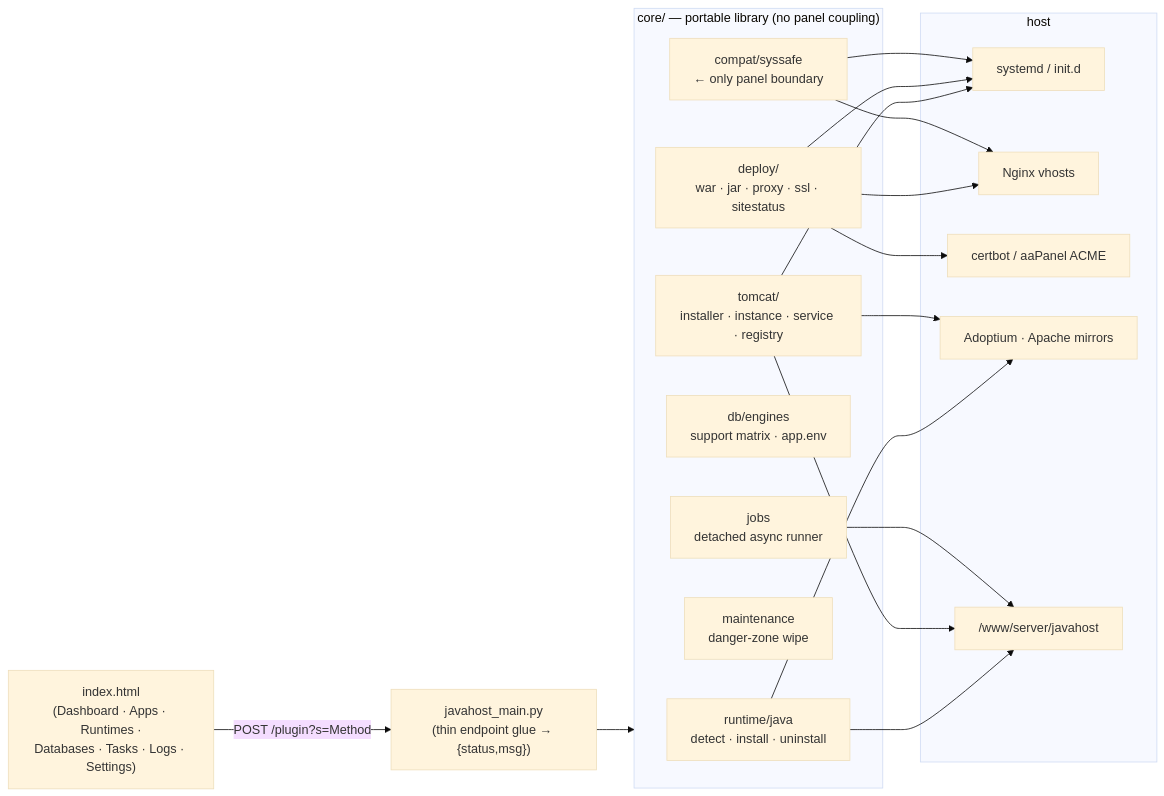
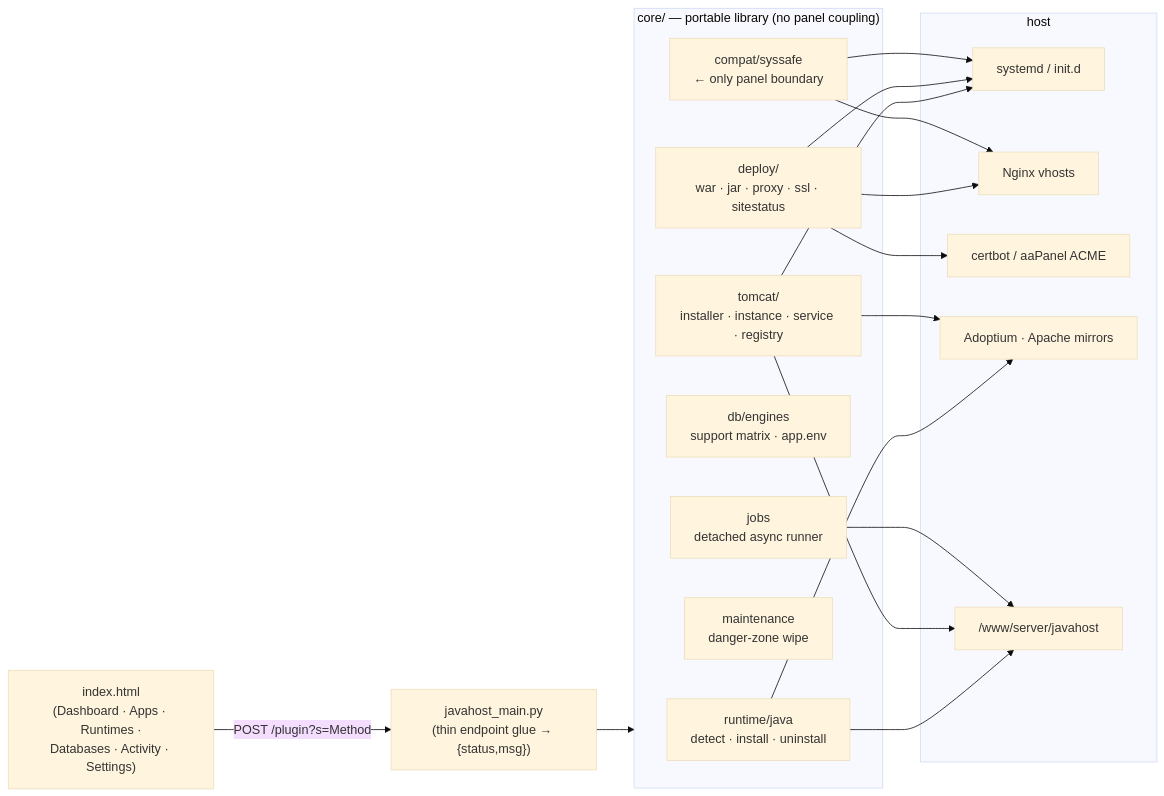
One commit to yashodhank/aaPanel-tomcat-plugin changed the diagram in README.md. Above: the diagram before and after it, drawn with Mermaid (base theme). The commit also changed other lines of this file and 8 other files, not shown here.

First line of the commit message:
feat(activity): unified Activity tab + logs/tasks bug fixes (v0.21.0) (#1)

````diff
--- a/README.md
+++ b/README.md
@@ -48,28 +48,28 @@
 ```mermaid
 flowchart LR
-    UI["index.html<br/>(Dashboard · Apps · Runtimes ·<br/>Databases · Tasks · Logs · Settings)"]
+    UI["index.html<br/>(Dashboard · Apps · Runtimes ·<br/>Databases · Activity · Settings)"]
     MAIN["javahost_main.py<br/>(thin endpoint glue → {status,msg})"]
     subgraph core["core/ — portable library (no panel coupling)"]
         RT["runtime/java<br/>detect · install · uninstall"]
         TC["tomcat/<br/>installer · instance · service · registry"]
         DP["deploy/<br/>war · jar · proxy · ssl · sitestatus"]
         DB["db/engines<br/>support matrix · app.env"]
         JOBS["jobs<br/>detached async runner"]
         MNT["maintenance<br/>danger-zone wipe"]
         CMP["compat/syssafe<br/>← only panel boundary"]
     end
     subgraph sys["host"]
         SVC["systemd / init.d"]
         NGX["Nginx vhosts"]
         CB["certbot / aaPanel ACME"]
         NET["Adoptium · Apache mirrors"]
         FS["/www/server/javahost"]
     end
 
     UI -->|"POST /plugin?s=Method"| MAIN --> core
     RT --> NET & FS
     TC --> NET & SVC & FS
     DP --> NGX & CB & SVC
     JOBS --> FS
     CMP --> SVC & NGX
 ```
````
